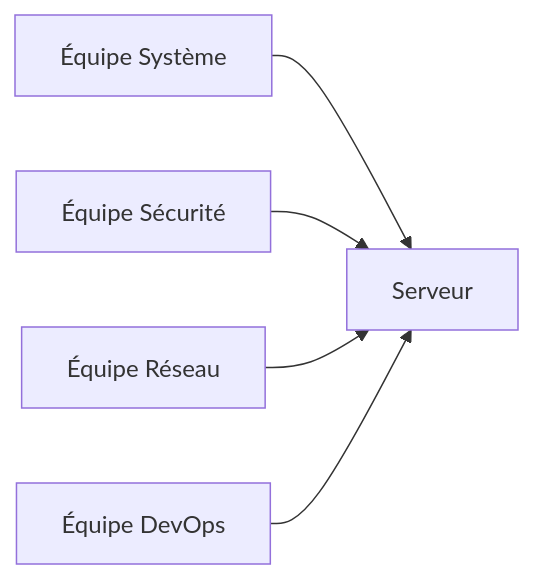
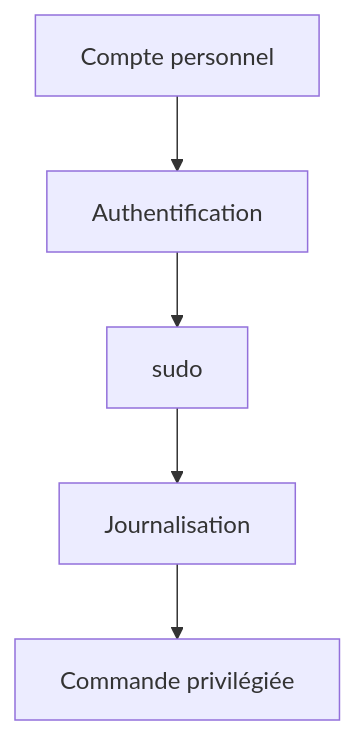
One commit to tdelaclos/formations changed diagram 20 of 20 in campagne 1/1.8.md. Above: the diagram before and after it, drawn with Mermaid. The commit also changed other lines of this file, not shown here.

````diff
--- a/campagne 1/1.8.md
+++ b/campagne 1/1.8.md
@@ -644,18 +891,18 @@
 ```mermaid
-flowchart LR
+flowchart TD
 
-A["Équipe Système"]
+A["Compte personnel"]
 
-B["Équipe Sécurité"]
+B["Authentification"]
 
-C["Équipe Réseau"]
+C["sudo"]
 
-D["Équipe DevOps"]
+D["Journalisation"]
 
-E["Serveur"]
+E["Commande privilégiée"]
 
-A --> E
-B --> E
-C --> E
+A --> B
+B --> C
+C --> D
 D --> E
 ```
````
